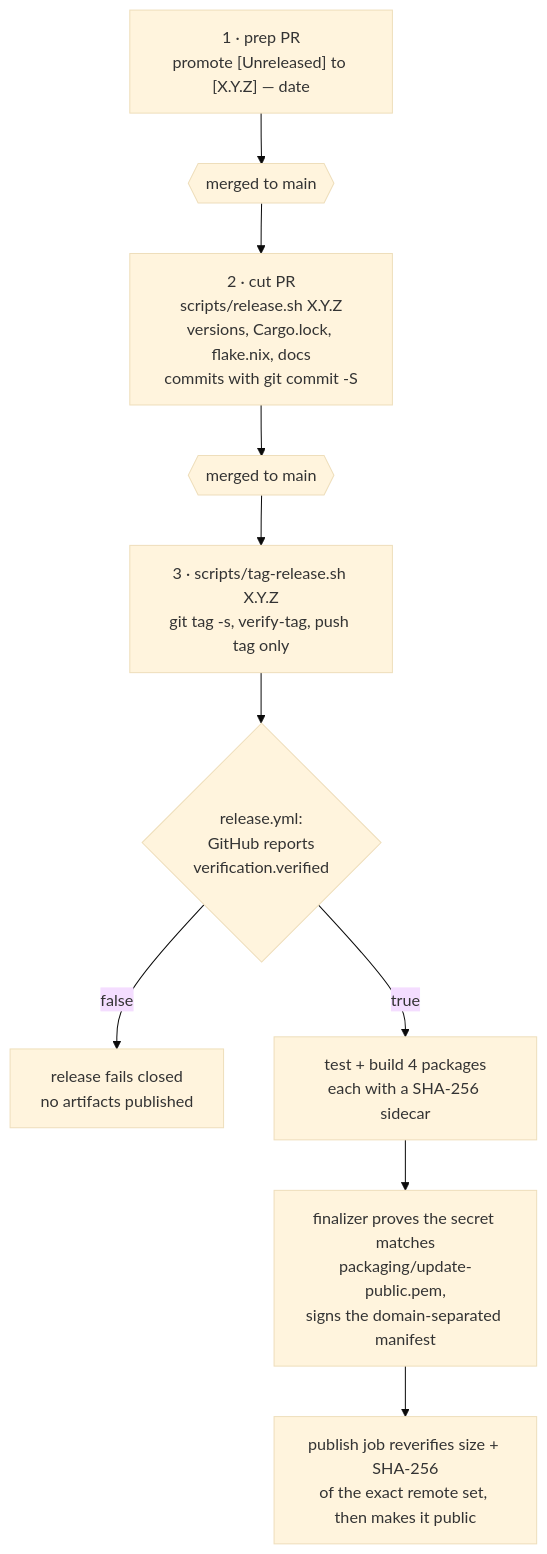
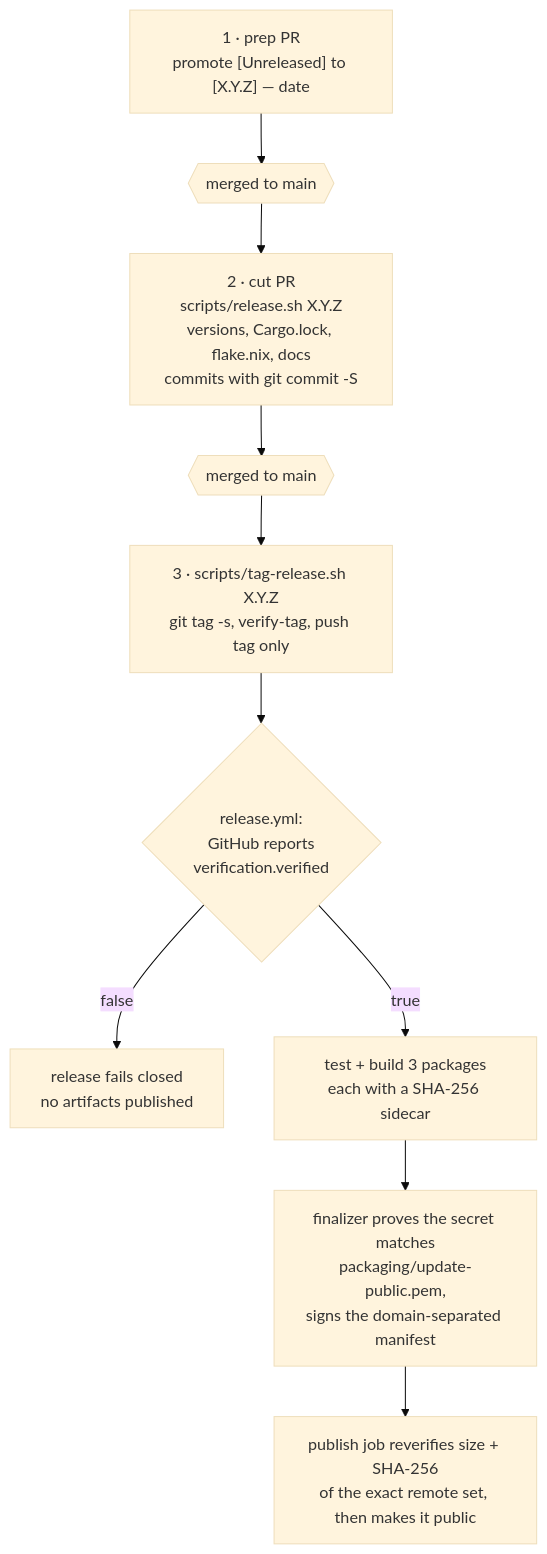
The diagram in docs/RELEASING.md (Reddimus/kettle), drawn with Mermaid (base theme) before and after one commit. The commit also changed other lines of this file and 96 other files, not shown here.

````diff
--- a/docs/RELEASING.md
+++ b/docs/RELEASING.md
@@ -8,12 +8,12 @@
 ```mermaid
 flowchart TD
     prep["1 · prep PR<br/>promote [Unreleased] to [X.Y.Z] — date"] --> prep_m{{"merged to main"}}
     prep_m --> cut["2 · cut PR<br/>scripts/release.sh X.Y.Z<br/>versions, Cargo.lock, flake.nix, docs<br/>commits with git commit -S"]
     cut --> cut_m{{"merged to main"}}
     cut_m --> tag["3 · scripts/tag-release.sh X.Y.Z<br/>git tag -s, verify-tag, push tag only"]
     tag --> gate{"release.yml:<br/>GitHub reports<br/>verification.verified"}
     gate -- "false" --> stop["release fails closed<br/>no artifacts published"]
-    gate -- "true" --> build["test + build 4 packages<br/>each with a SHA-256 sidecar"]
+    gate -- "true" --> build["test + build 3 packages<br/>each with a SHA-256 sidecar"]
     build --> sign["finalizer proves the secret matches<br/>packaging/update-public.pem,<br/>signs the domain-separated manifest"]
     sign --> publish["publish job reverifies size + SHA-256<br/>of the exact remote set, then makes it public"]
 ```
````
